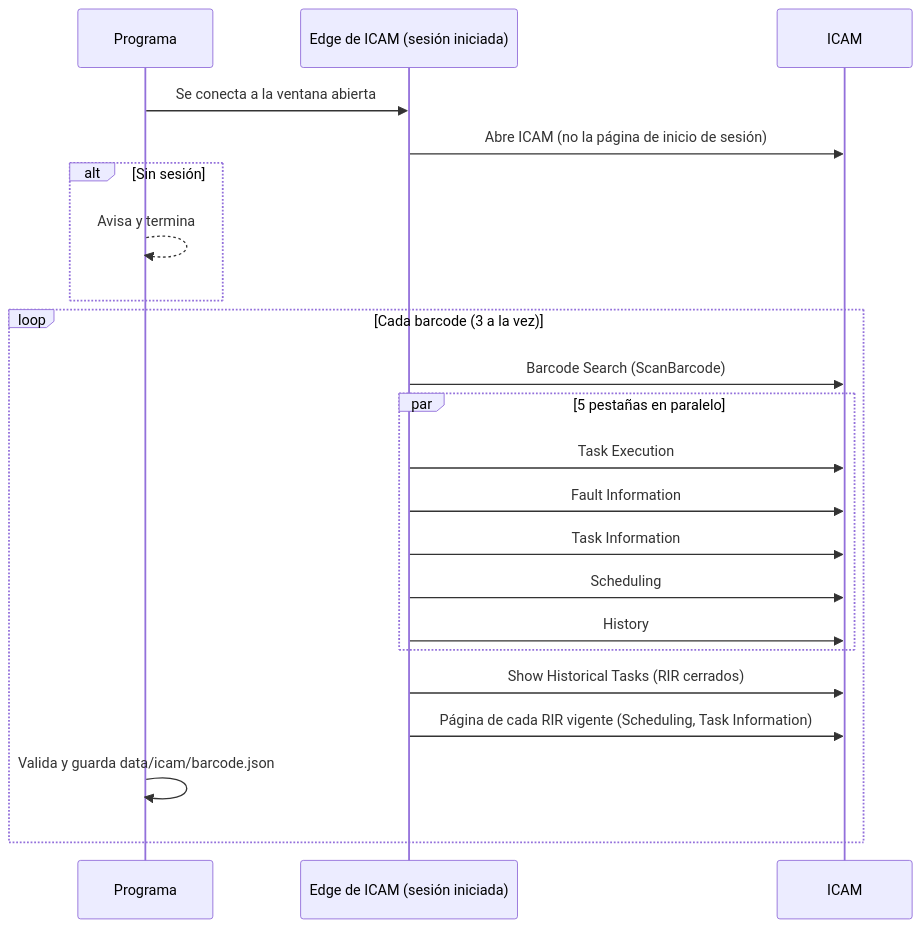
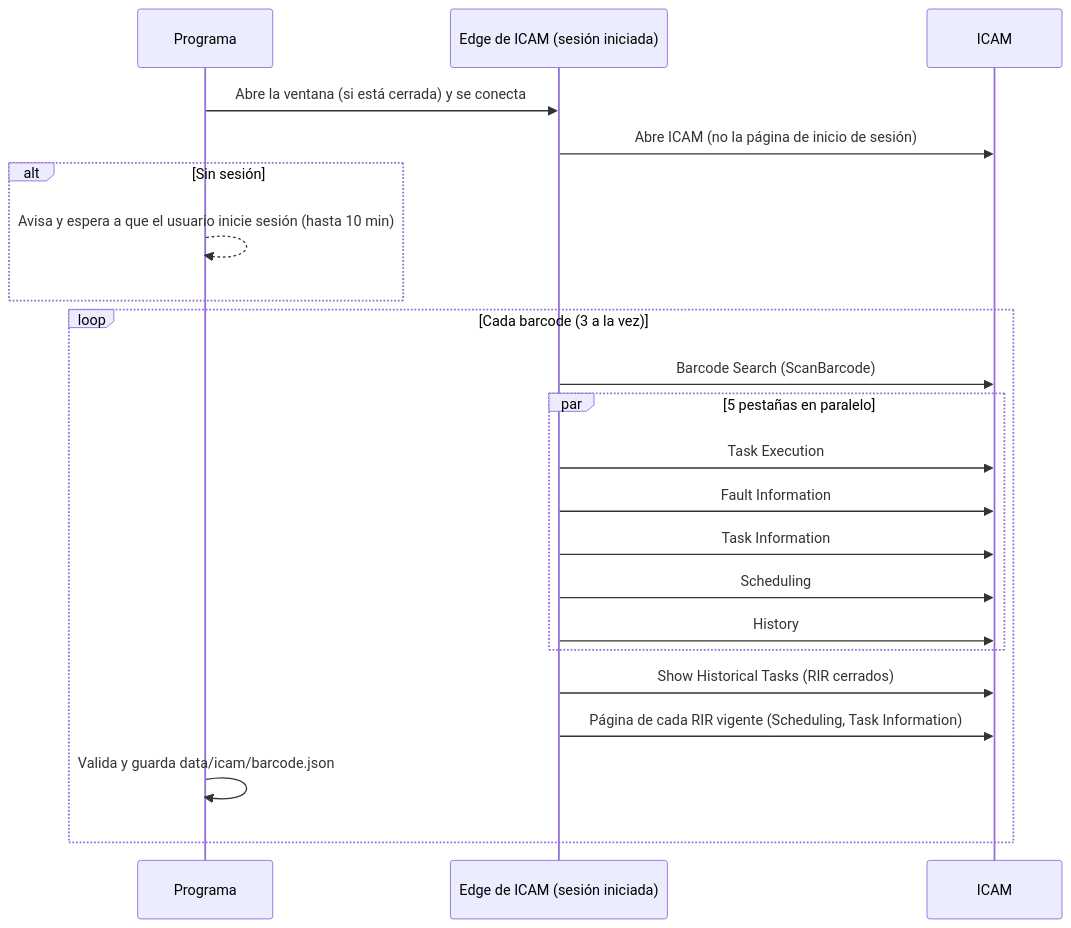
Before and after one commit to lviloriabas/dips: the third of 8 diagrams in docs/proceso.md, drawn with Mermaid. The commit also changed other lines of this file and 12 other files, not shown here.

````diff
--- a/docs/proceso.md
+++ b/docs/proceso.md
@@ -36,24 +36,24 @@
 ```mermaid
 sequenceDiagram
     participant P as Programa
     participant E as Edge de ICAM (sesión iniciada)
     participant I as ICAM
-    P->>E: Se conecta a la ventana abierta
+    P->>E: Abre la ventana (si está cerrada) y se conecta
     E->>I: Abre ICAM (no la página de inicio de sesión)
     alt Sin sesión
-        P-->>P: Avisa y termina
+        P-->>P: Avisa y espera a que el usuario inicie sesión (hasta 10 min)
     end
     loop Cada barcode (3 a la vez)
         E->>I: Barcode Search (ScanBarcode)
         par 5 pestañas en paralelo
             E->>I: Task Execution
             E->>I: Fault Information
             E->>I: Task Information
             E->>I: Scheduling
             E->>I: History
         end
         E->>I: Show Historical Tasks (RIR cerrados)
         E->>I: Página de cada RIR vigente (Scheduling, Task Information)
         P->>P: Valida y guarda data/icam/barcode.json
     end
 ```
````
